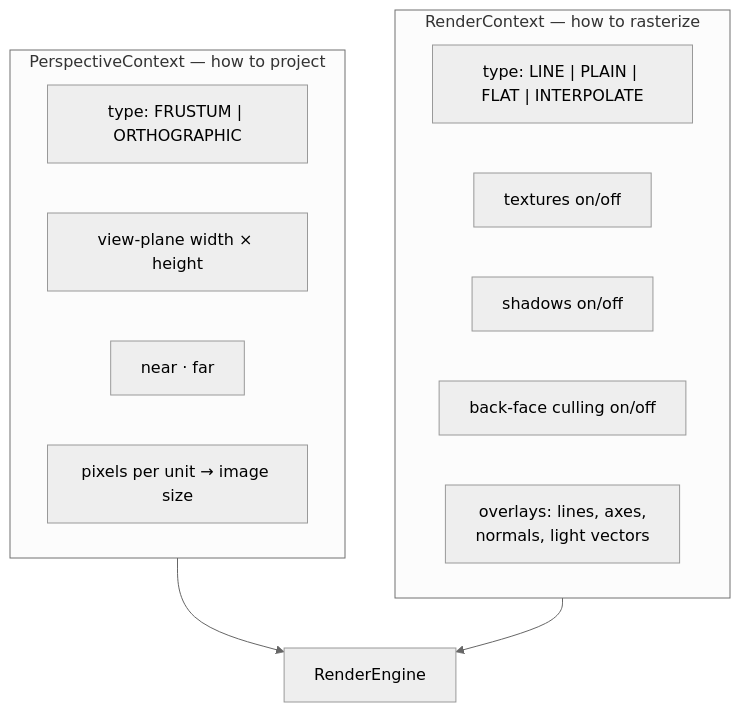
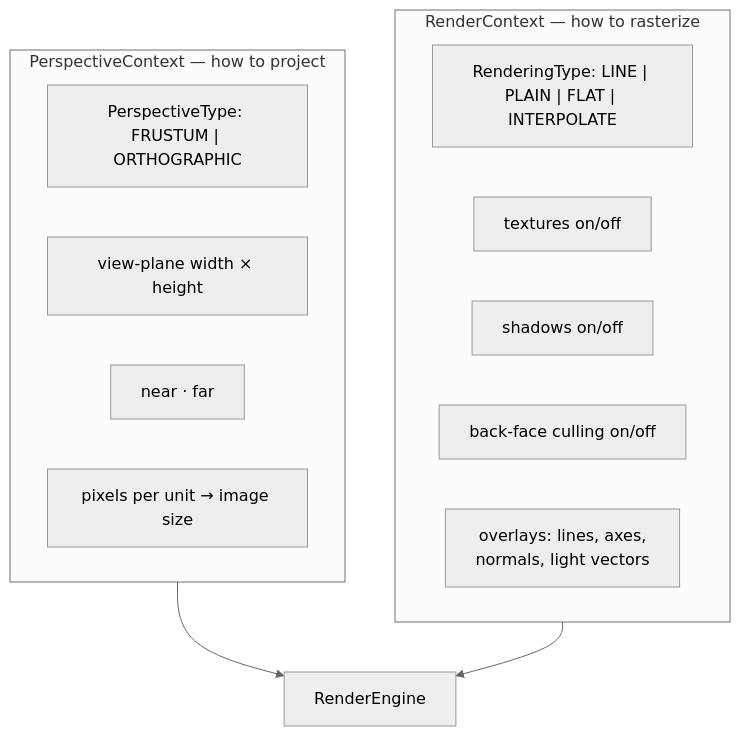
Before and after one commit to obarry/Aventura: diagram 15 of 20 in docs/DESIGN.md, drawn with Mermaid (neutral theme). The commit also changed other lines of this file and 1 other file, not shown here.

First line of the commit message:
Update README and DESIGN for the typed RenderContext/PerspectiveType API

````diff
--- a/docs/DESIGN.md
+++ b/docs/DESIGN.md
@@ -527,20 +527,20 @@
 ```mermaid
 flowchart TB
     subgraph PC["PerspectiveContext — how to project"]
         direction LR
-        p1["type: FRUSTUM | ORTHOGRAPHIC"]
+        p1["PerspectiveType: FRUSTUM | ORTHOGRAPHIC"]
         p2["view-plane width × height"]
         p3["near · far"]
         p4["pixels per unit → image size"]
     end
     subgraph RC["RenderContext — how to rasterize"]
         direction LR
-        r1["type: LINE | PLAIN | FLAT | INTERPOLATE"]
+        r1["RenderingType: LINE | PLAIN | FLAT | INTERPOLATE"]
         r2["textures on/off"]
         r3["shadows on/off"]
         r4["back-face culling on/off"]
         r5["overlays: lines, axes,<br/>normals, light vectors"]
     end
     PC --> RE[RenderEngine]
     RC --> RE
 ```
````
